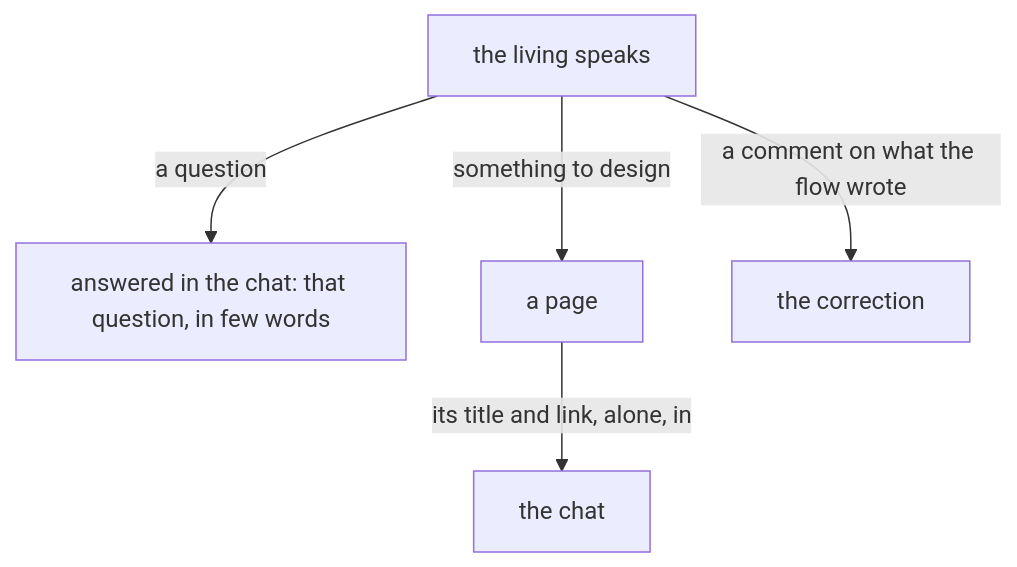
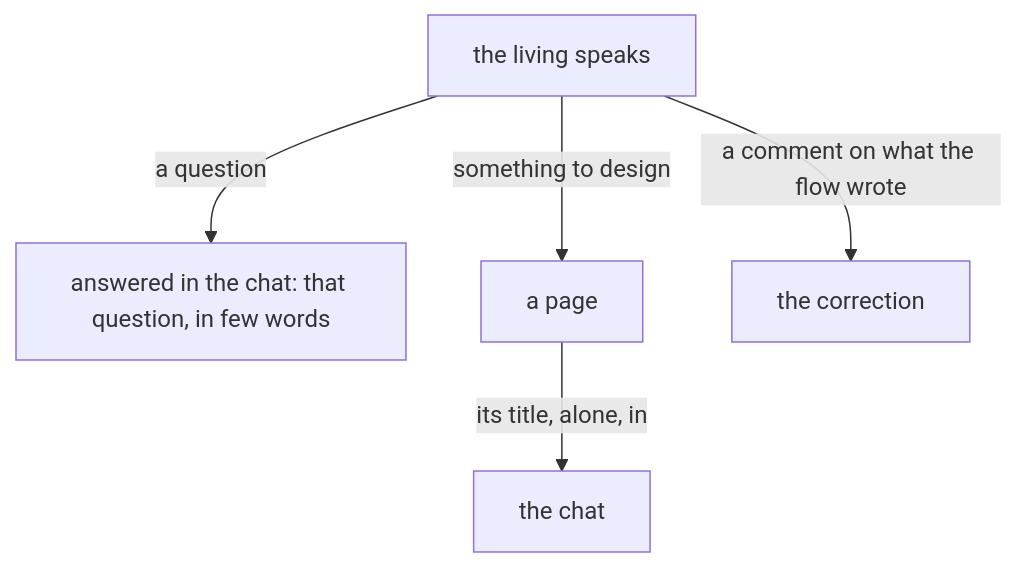
The first of 2 diagrams in intent/hearing-the-living/0.md (LiGoldragon/psyche-belief), drawn with Mermaid before and after one commit. The commit also changed other lines of this file, not shown here.

Commit message:
intent/hearing-the-living/0.md: the chat carries a page's title alone, not its link (approved by the living)
Claude-Session: https://claude.ai/code/session_019YVikyXzYQ1vuFZy9WoQhp

````diff
--- a/intent/hearing-the-living/0.md
+++ b/intent/hearing-the-living/0.md
@@ -6,7 +6,7 @@
 ```mermaid
 flowchart TB
     l["the living speaks"] -- "a question" --> a["answered in the chat: that question, in few words"]
     l -- "something to design" --> p["a page"]
-    p -- "its title and link, alone, in" --> c["the chat"]
+    p -- "its title, alone, in" --> c["the chat"]
     l -- "a comment on what the flow wrote" --> k["the correction"]
 ```
````
